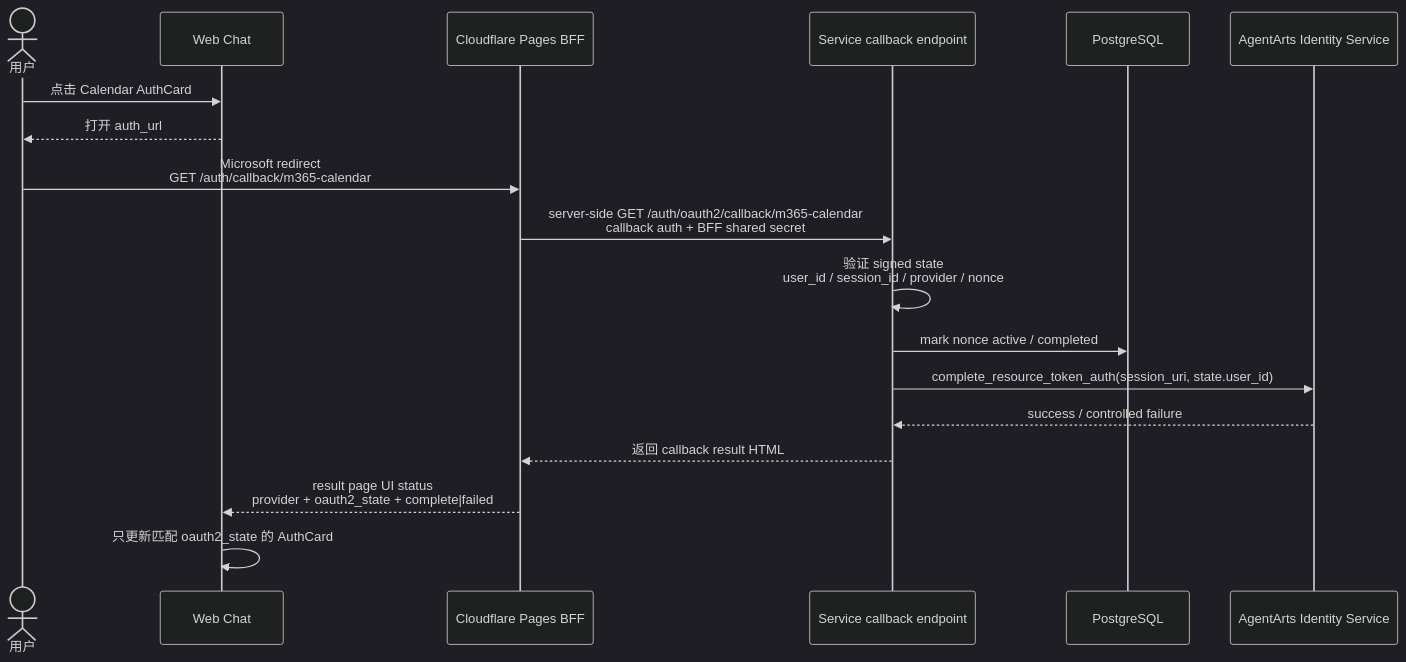
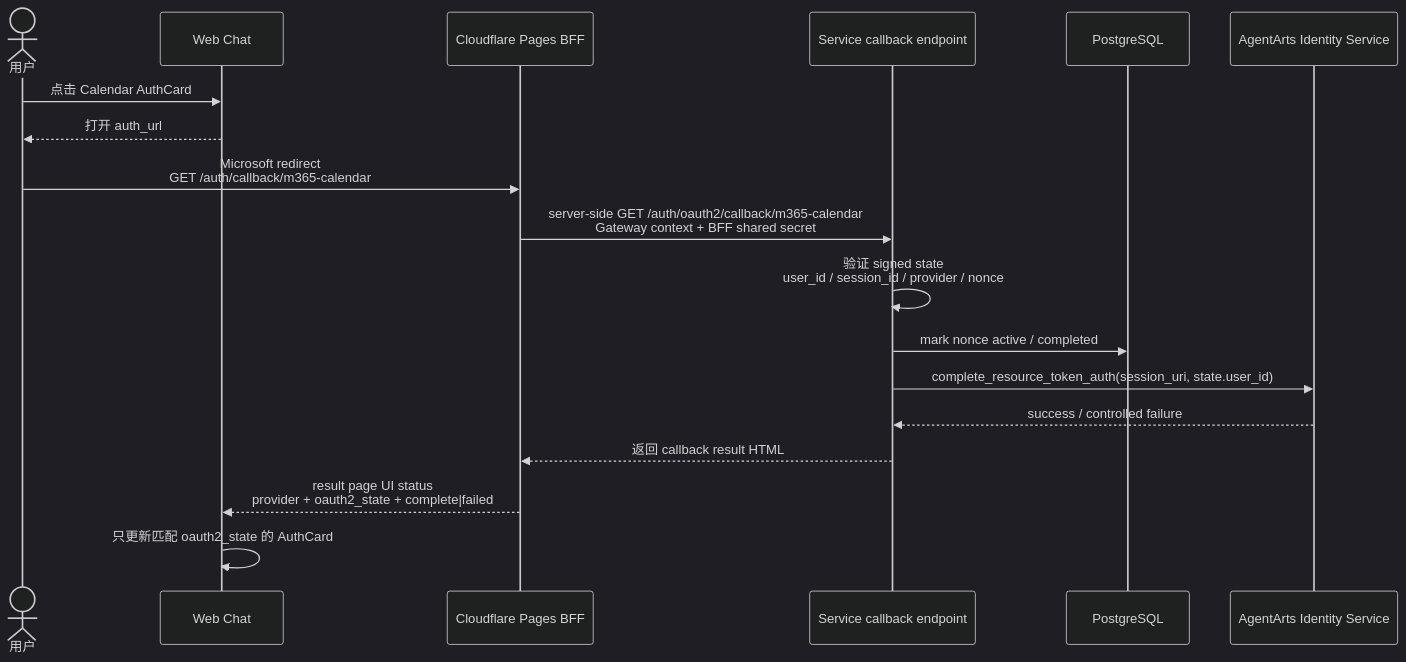
The second of 2 diagrams in personal-assistant-meta/issues/bugs/bug-21-calendar-oauth2-complete-session-identity-mismatch/issue.md (T-1009/personal-assistant), drawn with Mermaid (dark theme) before and after one commit. The commit also changed other lines of this file and 5 other files, not shown here.

Commit message:
Bridge callback gateway context headers

````diff
--- a/personal-assistant-meta/issues/bugs/bug-21-calendar-oauth2-complete-session-identity-mismatch/issue.md
+++ b/personal-assistant-meta/issues/bugs/bug-21-calendar-oauth2-complete-session-identity-mismatch/issue.md
@@ -124,21 +124,21 @@
 ```mermaid
 sequenceDiagram
     actor User as 用户
     participant UI as Web Chat
     participant BFF as Cloudflare Pages BFF
     participant Agent as Service callback endpoint
     participant DB as PostgreSQL
     participant IdSvc as AgentArts Identity Service
 
     User->>UI: 点击 Calendar AuthCard
     UI-->>User: 打开 auth_url
     User->>BFF: Microsoft redirect<br/>GET /auth/callback/m365-calendar
-    BFF->>Agent: server-side GET /auth/oauth2/callback/m365-calendar<br/>callback auth + BFF shared secret
+    BFF->>Agent: server-side GET /auth/oauth2/callback/m365-calendar<br/>Gateway context + BFF shared secret
     Agent->>Agent: 验证 signed state<br/>user_id / session_id / provider / nonce
     Agent->>DB: mark nonce active / completed
     Agent->>IdSvc: complete_resource_token_auth(session_uri, state.user_id)
     IdSvc-->>Agent: success / controlled failure
     Agent-->>BFF: 返回 callback result HTML
     BFF-->>UI: result page UI status<br/>provider + oauth2_state + complete|failed
     UI->>UI: 只更新匹配 oauth2_state 的 AuthCard
 ```
````
